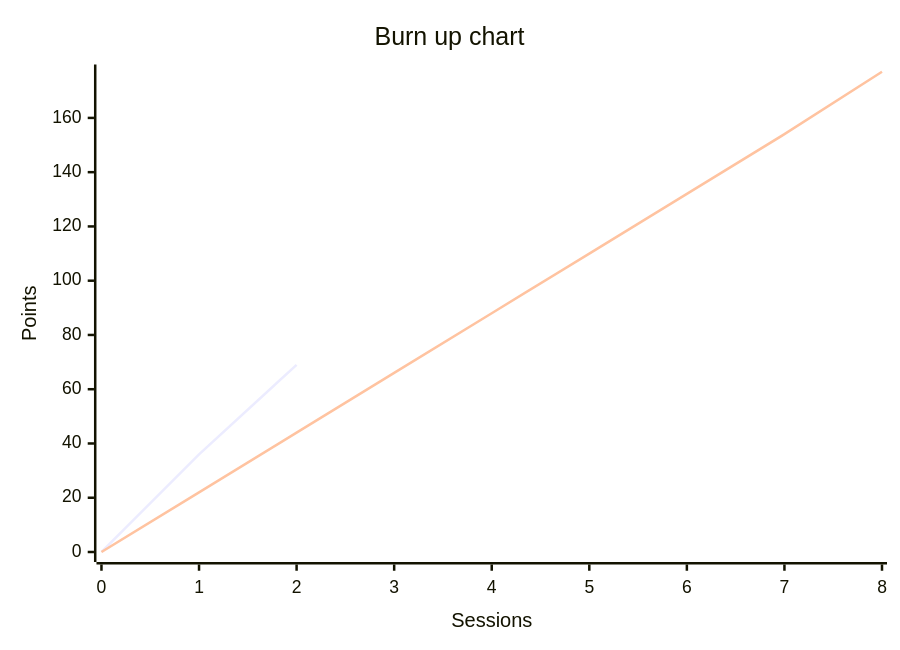
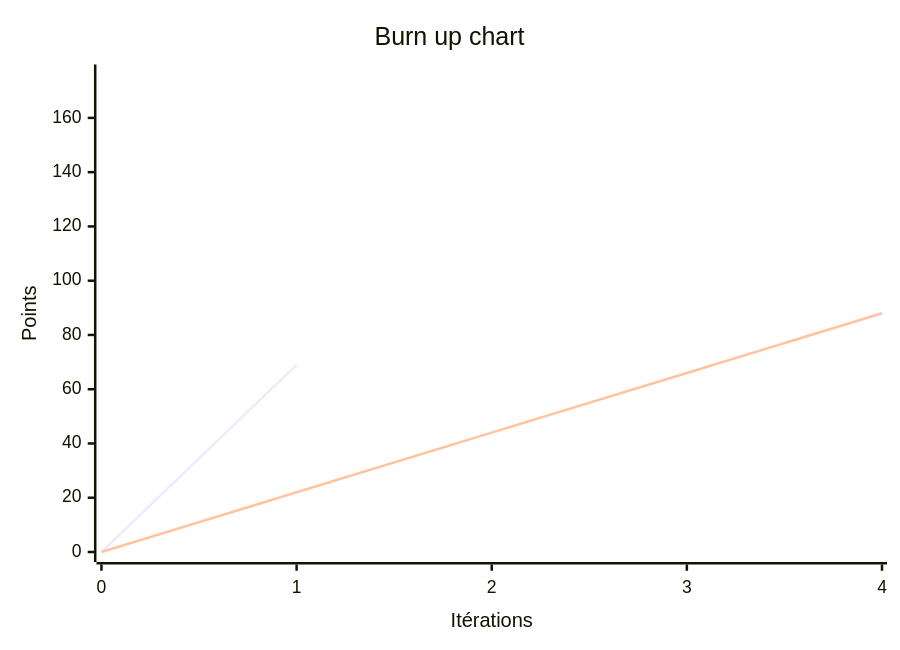
Before and after one commit to tlevrard7/PLD-Agile: the diagram in burnup.mermaid, drawn with Mermaid.

```diff
--- a/burnup.mermaid
+++ b/burnup.mermaid
@@ -1,7 +1,7 @@
 xychart-beta
     title "Burn up chart"
-    x-axis "Sessions" [0, 1, 2, 3, 4, 5, 6, 7, 8]
+    x-axis "Itérations" [0, 1, 2, 3, 4]
     y-axis "Points" 0 --> 176
-    line "Goal" [0, 36, 69]
+    line "Goal" [0, 69]
     line "Real" [0]
     line "Theory" [0, 22, 44, 66, 88, 110, 132, 154, 177]
```
